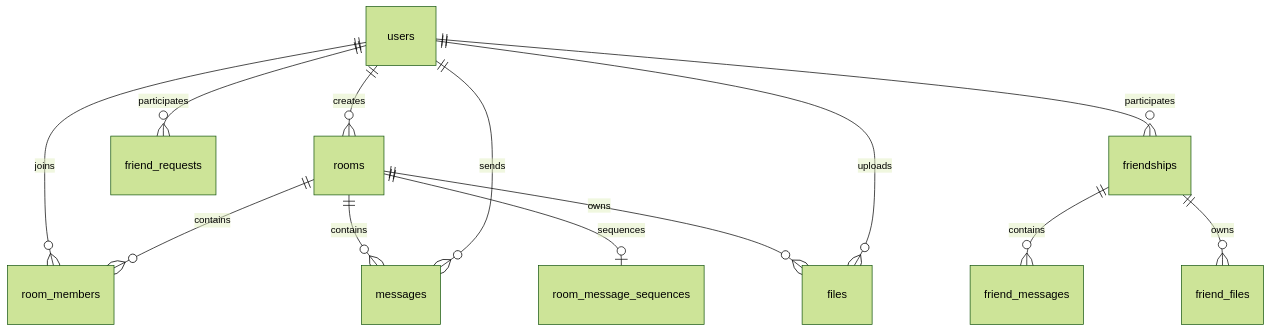
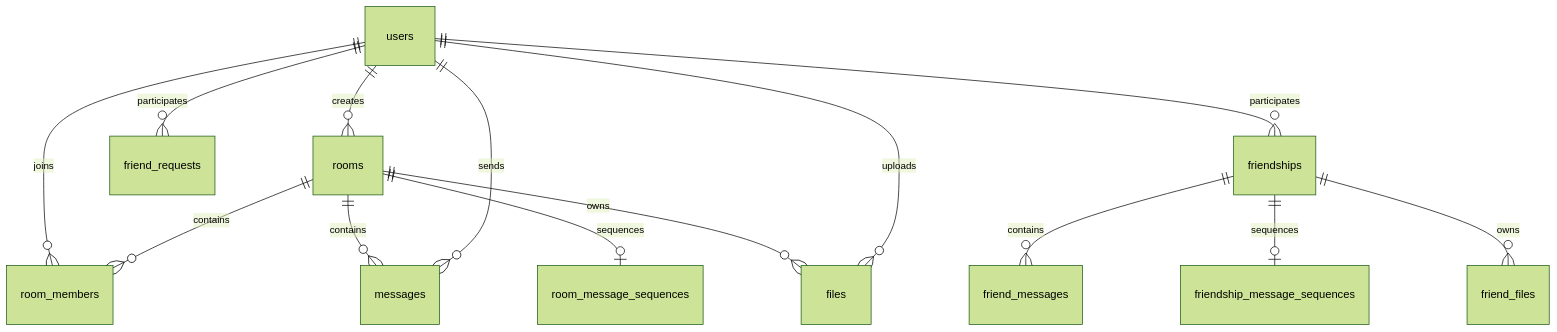
The diagram in docs/data/V1_SQLITE_SCHEMA.md (fallingnight131/ChatRoom), drawn with Mermaid (forest theme) before and after one commit. The commit also changed other lines of this file and 25 other files, not shown here.

````diff
--- a/docs/data/V1_SQLITE_SCHEMA.md
+++ b/docs/data/V1_SQLITE_SCHEMA.md
@@ -139,15 +150,16 @@
 ```mermaid
 erDiagram
     users ||--o{ rooms : creates
     users ||--o{ room_members : joins
     rooms ||--o{ room_members : contains
     rooms ||--o{ messages : contains
     rooms ||--o| room_message_sequences : sequences
     users ||--o{ messages : sends
     rooms ||--o{ files : owns
     users ||--o{ files : uploads
     users ||--o{ friend_requests : participates
     users ||--o{ friendships : participates
     friendships ||--o{ friend_messages : contains
+    friendships ||--o| friendship_message_sequences : sequences
     friendships ||--o{ friend_files : owns
 ```
````
